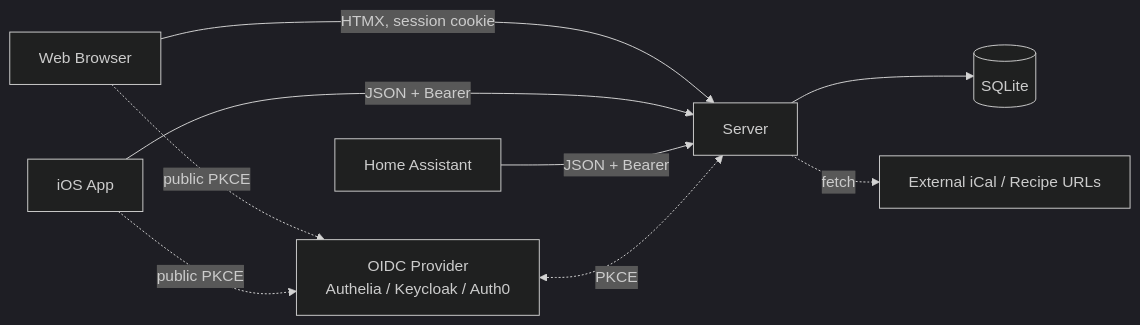
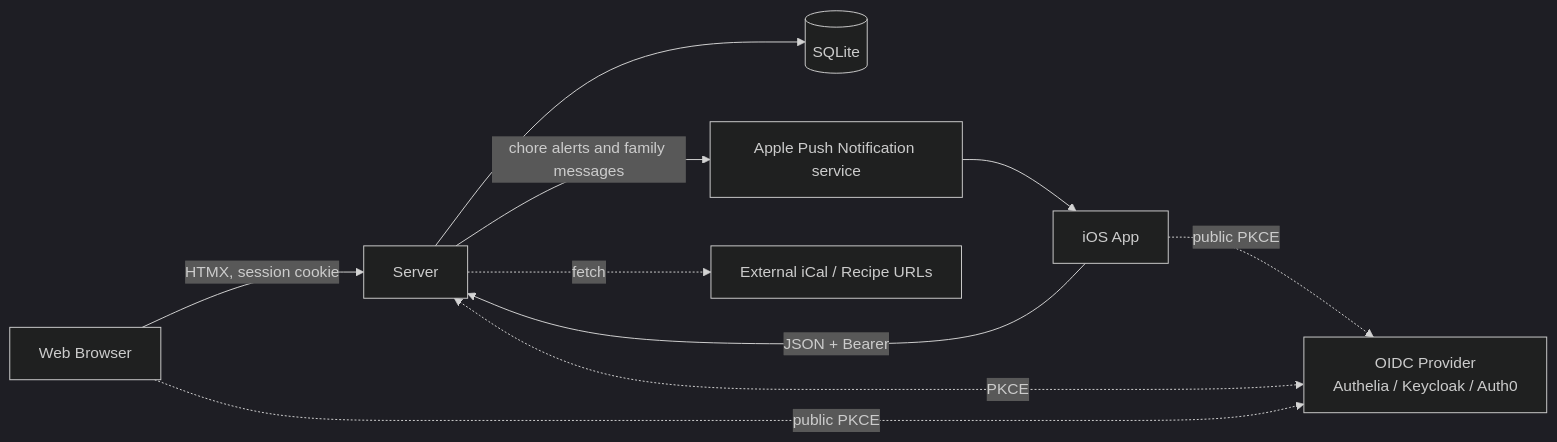
Before and after one commit to BenSuskins/family-hub: the first of 4 diagrams in docs/ARCHITECTURE.md, drawn with Mermaid (dark theme). The commit also changed other lines of this file and 57 other files, not shown here.

````diff
--- a/docs/ARCHITECTURE.md
+++ b/docs/ARCHITECTURE.md
@@ -15,11 +14,12 @@
 ```mermaid
 flowchart LR
     Web[Web Browser] -->|HTMX, session cookie| Server
     iOS[iOS App] -->|JSON + Bearer| Server
-    HA[Home Assistant] -->|JSON + Bearer| Server
     OIDC[OIDC Provider<br/>Authelia / Keycloak / Auth0] <-.->|PKCE| Server
     Web -.->|public PKCE| OIDC
     iOS -.->|public PKCE| OIDC
     Server --> DB[(SQLite)]
+    Server -->|chore alerts and family messages| APNs[Apple Push Notification service]
+    APNs --> iOS
     Server -.->|fetch| External[External iCal / Recipe URLs]
 ```
````
